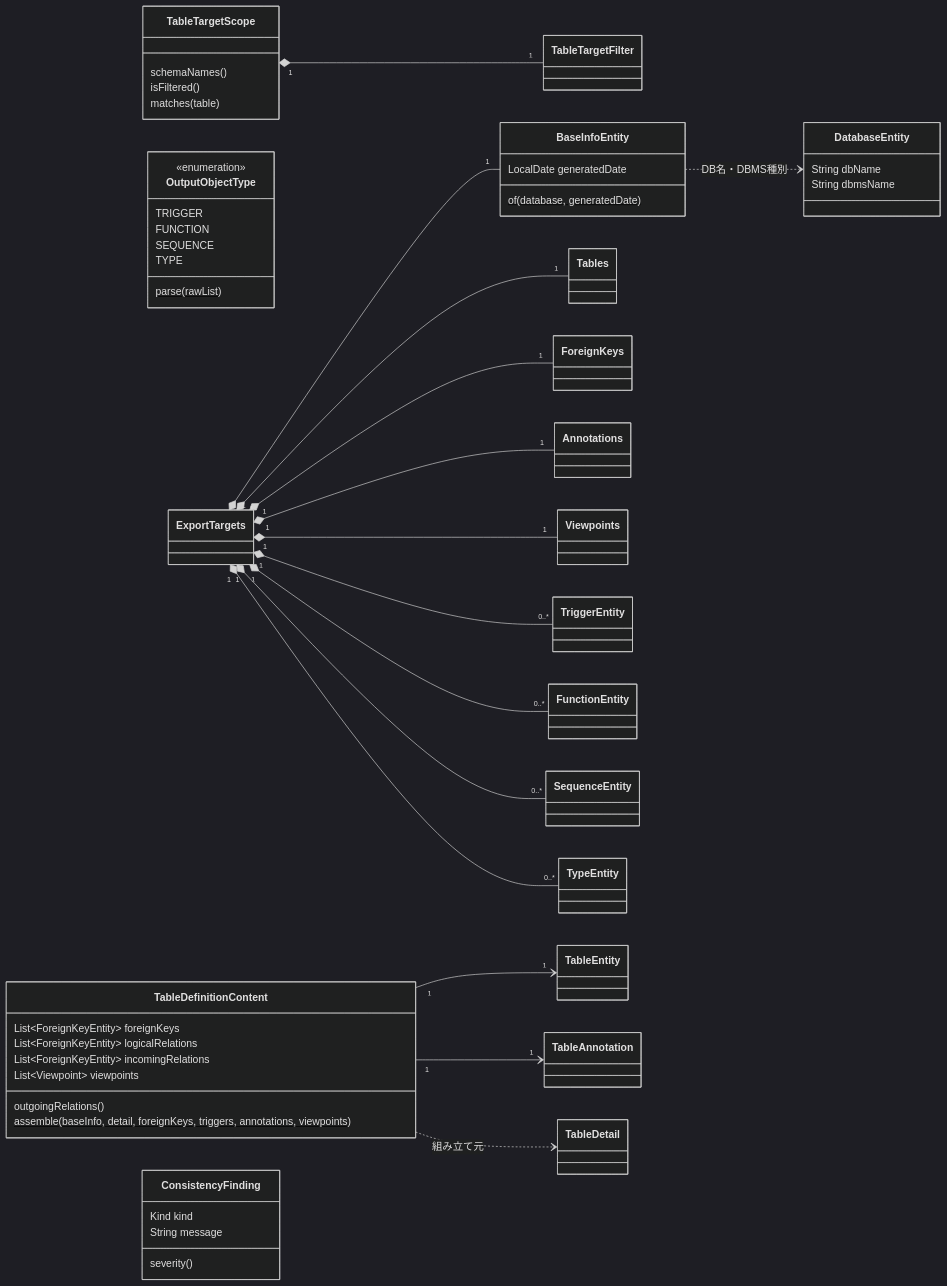
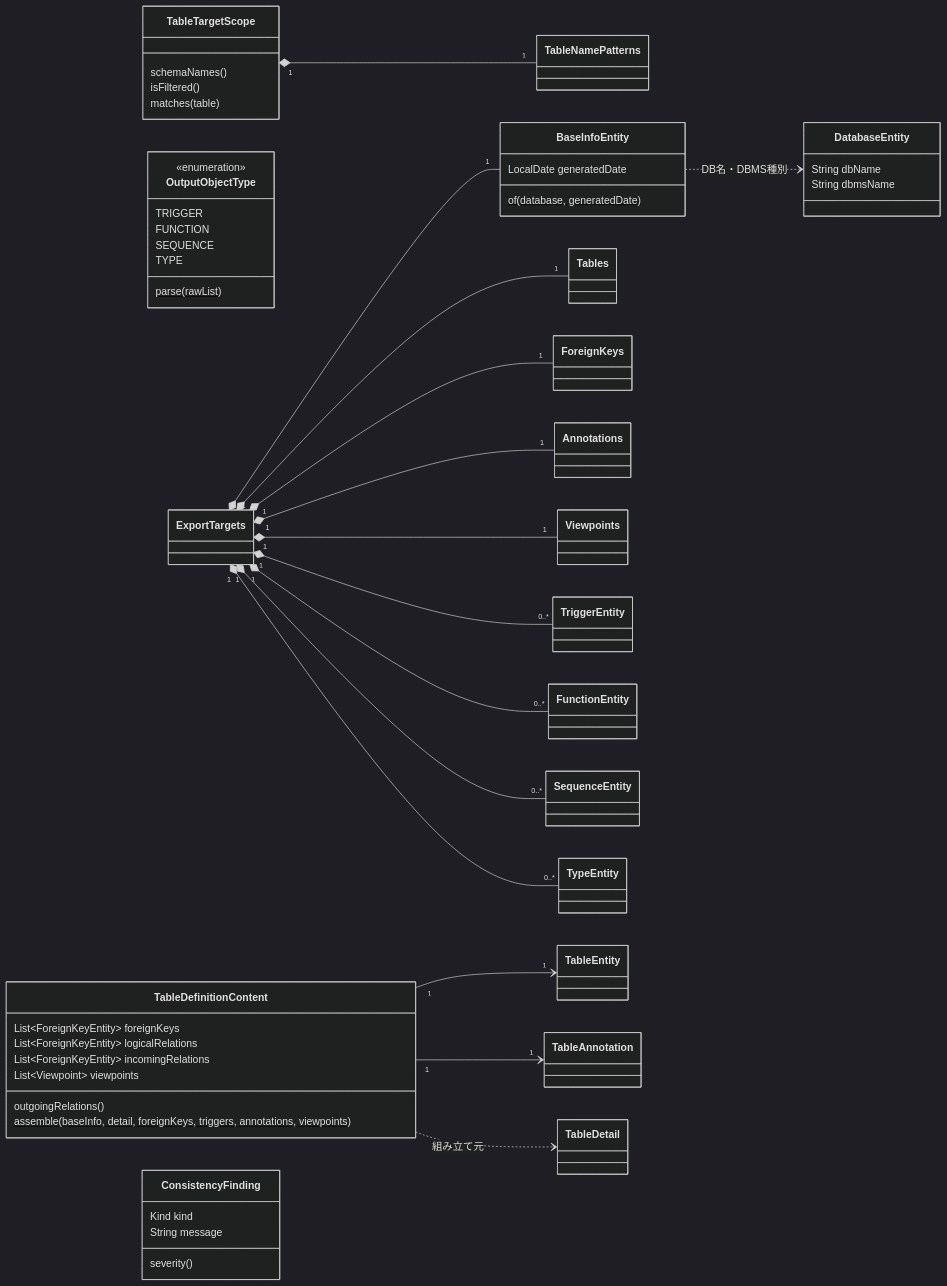
The fifth of 5 diagrams in docs/architecture/domain-model.md (ebichan88/exportTableDefinition), drawn with Mermaid (dark theme) before and after one commit. The commit also changed other lines of this file and 7 other files, not shown here.

First line of the commit message:
TableTargetFilterをTableNamePatternsへ改名する

````diff
--- a/docs/architecture/domain-model.md
+++ b/docs/architecture/domain-model.md
@@ -245,55 +245,55 @@
 ```mermaid
 classDiagram
   direction LR
   class TableTargetScope {
     schemaNames()
     isFiltered()
     matches(table)
   }
-  class TableTargetFilter
+  class TableNamePatterns
   class OutputObjectType {
     <<enumeration>>
     TRIGGER
     FUNCTION
     SEQUENCE
     TYPE
     parse(rawList)$
   }
   class ExportTargets
   class TableDefinitionContent {
     List~ForeignKeyEntity~ foreignKeys
     List~ForeignKeyEntity~ logicalRelations
     List~ForeignKeyEntity~ incomingRelations
     List~Viewpoint~ viewpoints
     outgoingRelations()
     assemble(baseInfo, detail, foreignKeys, triggers, annotations, viewpoints)$
   }
   class BaseInfoEntity {
     LocalDate generatedDate
     of(database, generatedDate)$
   }
   class DatabaseEntity {
     String dbName
     String dbmsName
   }
   class ConsistencyFinding {
     Kind kind
     String message
     severity()
   }
 
-  TableTargetScope "1" *-- "1" TableTargetFilter
+  TableTargetScope "1" *-- "1" TableNamePatterns
   ExportTargets "1" *-- "1" BaseInfoEntity
   ExportTargets "1" *-- "1" Tables
   ExportTargets "1" *-- "1" ForeignKeys
   ExportTargets "1" *-- "1" Annotations
   ExportTargets "1" *-- "1" Viewpoints
   ExportTargets "1" *-- "0..*" TriggerEntity
   ExportTargets "1" *-- "0..*" FunctionEntity
   ExportTargets "1" *-- "0..*" SequenceEntity
   ExportTargets "1" *-- "0..*" TypeEntity
   BaseInfoEntity ..> DatabaseEntity : DB名・DBMS種別
   TableDefinitionContent "1" --> "1" TableEntity
   TableDefinitionContent "1" --> "1" TableAnnotation
   TableDefinitionContent ..> TableDetail : 組み立て元
 ```
````
